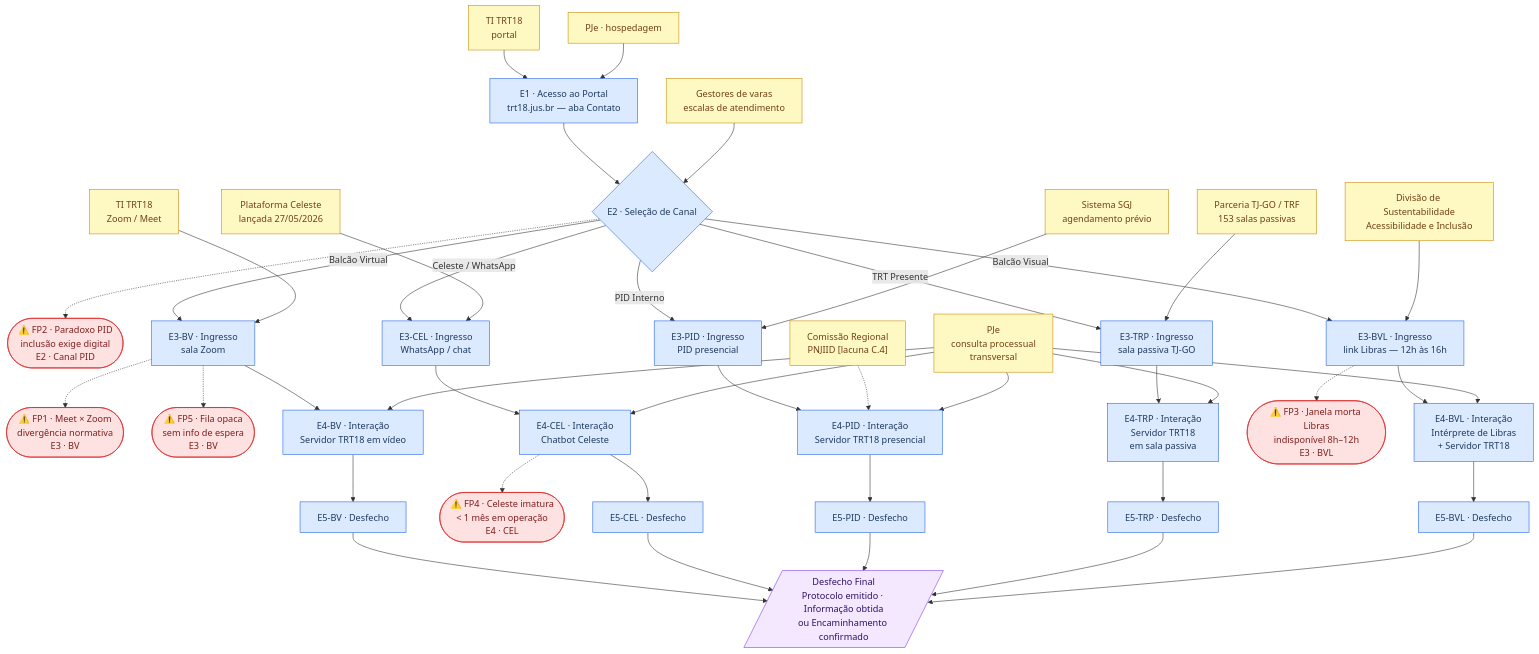
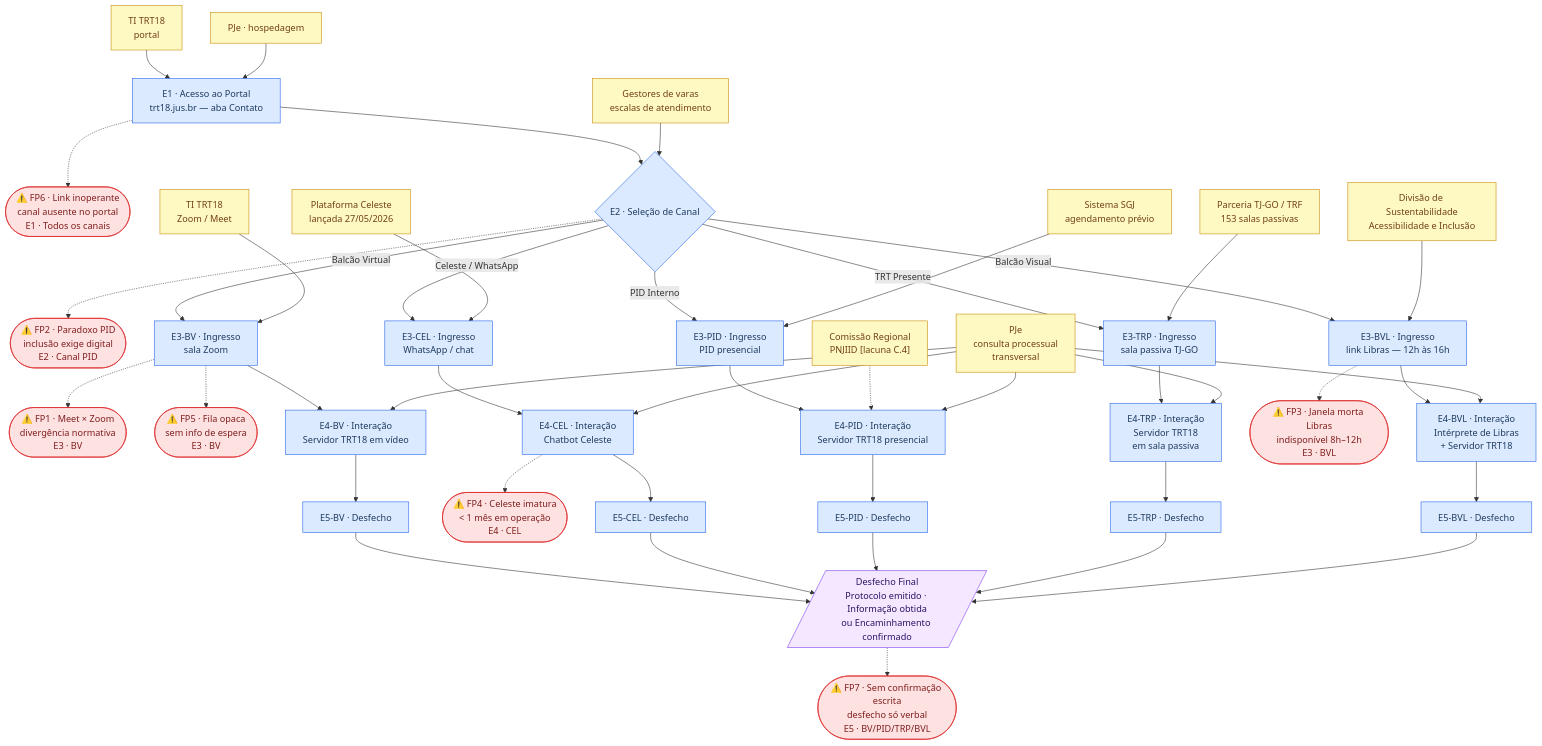
One commit to RafaelCruz86/exercicio_3.1 changed the diagram in D_diagrama_asis.md. Above: the diagram before and after it, drawn with Mermaid. The commit also changed other lines of this file and 1 other file, not shown here.

````diff
--- a/D_diagrama_asis.md
+++ b/D_diagrama_asis.md
@@ -8,76 +8,78 @@
 ```mermaid
 flowchart TD
     %% ── E1: Acesso ao Portal ──────────────────────────────────────────
     TI1["TI TRT18\nportal"] --> E1
     PJe1["PJe · hospedagem"] --> E1
     E1["E1 · Acesso ao Portal\ntrt18.jus.br — aba Contato"]
+    E1 -.-> FP6(["⚠️ FP6 · Link inoperante\ncanal ausente no portal\nE1 · Todos os canais"])
 
     %% ── E2: Seleção de Canal ──────────────────────────────────────────
     E1 --> E2{"E2 · Seleção de Canal"}
     GEST["Gestores de varas\nescalas de atendimento"] --> E2
     E2 -.-> FP2(["⚠️ FP2 · Paradoxo PID\ninclusão exige digital\nE2 · Canal PID"])
 
     %% ── Bifurcação ────────────────────────────────────────────────────
     E2 -->|"Balcão Virtual"| BV3
     E2 -->|"Celeste / WhatsApp"| CEL3
     E2 -->|"PID Interno"| PID3
     E2 -->|"TRT Presente"| TRP3
     E2 -->|"Balcão Visual"| BVL3
 
     %% ── Canal: Balcão Virtual / Zoom ──────────────────────────────────
     BV_TI["TI TRT18\nZoom / Meet"] --> BV3
     BV3["E3-BV · Ingresso\nsala Zoom"]
     BV3 -.-> FP1(["⚠️ FP1 · Meet × Zoom\ndivergência normativa\nE3 · BV"])
     BV3 -.-> FP5(["⚠️ FP5 · Fila opaca\nsem info de espera\nE3 · BV"])
     BV3 --> BV4["E4-BV · Interação\nServidor TRT18 em vídeo"]
     BV4 --> BV5["E5-BV · Desfecho"]
 
     %% ── Canal: Celeste / WhatsApp ─────────────────────────────────────
     CEL_PLAT["Plataforma Celeste\nlançada 27/05/2026"] --> CEL3
     CEL3["E3-CEL · Ingresso\nWhatsApp / chat"]
     CEL3 --> CEL4["E4-CEL · Interação\nChatbot Celeste"]
     CEL4 -.-> FP4(["⚠️ FP4 · Celeste imatura\n< 1 mês em operação\nE4 · CEL"])
     CEL4 --> CEL5["E5-CEL · Desfecho"]
 
     %% ── Canal: PID Interno ────────────────────────────────────────────
     SGJ["Sistema SGJ\nagendamento prévio"] --> PID3
     PID3["E3-PID · Ingresso\nPID presencial"]
     PID3 --> PID4["E4-PID · Interação\nServidor TRT18 presencial"]
     PNJIID["Comissão Regional\nPNJIID [lacuna C.4]"] -.-> PID4
     PID4 --> PID5["E5-PID · Desfecho"]
 
     %% ── Canal: TRT Presente ───────────────────────────────────────────
     TJGO["Parceria TJ-GO / TRF\n153 salas passivas"] --> TRP3
     TRP3["E3-TRP · Ingresso\nsala passiva TJ-GO"]
     TRP3 --> TRP4["E4-TRP · Interação\nServidor TRT18\nem sala passiva"]
     TRP4 --> TRP5["E5-TRP · Desfecho"]
 
     %% ── Canal: Balcão Visual / Libras ─────────────────────────────────
     DSAI["Divisão de Sustentabilidade\nAcessibilidade e Inclusão"] --> BVL3
     BVL3["E3-BVL · Ingresso\nlink Libras — 12h às 16h"]
     BVL3 -.-> FP3(["⚠️ FP3 · Janela morta Libras\nindisponível 8h–12h\nE3 · BVL"])
     BVL3 --> BVL4["E4-BVL · Interação\nIntérprete de Libras\n+ Servidor TRT18"]
     BVL4 --> BVL5["E5-BVL · Desfecho"]
 
     %% ── PJe: processo de suporte transversal ──────────────────────────
     PJe["PJe\nconsulta processual\ntransversal"]
     PJe --> BV4
     PJe --> CEL4
     PJe --> PID4
     PJe --> TRP4
     PJe --> BVL4
 
     %% ── Convergência no Desfecho Final ────────────────────────────────
     BV5 & CEL5 & PID5 & TRP5 & BVL5 --> FINAL[/"Desfecho Final\nProtocolo emitido · Informação obtida\nou Encaminhamento confirmado"/]
+    FINAL -.-> FP7(["⚠️ FP7 · Sem confirmação escrita\ndesfecho só verbal\nE5 · BV/PID/TRP/BVL"])
 
     %% ── Estilos ───────────────────────────────────────────────────────
     classDef etapa    fill:#dbeafe,stroke:#2563eb,color:#1e3a5f
     classDef suporte  fill:#fef9c3,stroke:#ca8a04,color:#713f12
     classDef failpoint fill:#fee2e2,stroke:#dc2626,color:#7f1d1d
     classDef desfecho fill:#f3e8ff,stroke:#7c3aed,color:#2e1065
 
     class E1,E2,BV3,BV4,BV5,CEL3,CEL4,CEL5,PID3,PID4,PID5,TRP3,TRP4,TRP5,BVL3,BVL4,BVL5 etapa
     class TI1,PJe1,PJe,BV_TI,CEL_PLAT,SGJ,TJGO,DSAI,GEST,PNJIID suporte
-    class FP1,FP2,FP3,FP4,FP5 failpoint
+    class FP1,FP2,FP3,FP4,FP5,FP6,FP7 failpoint
     class FINAL desfecho
 ```
````
